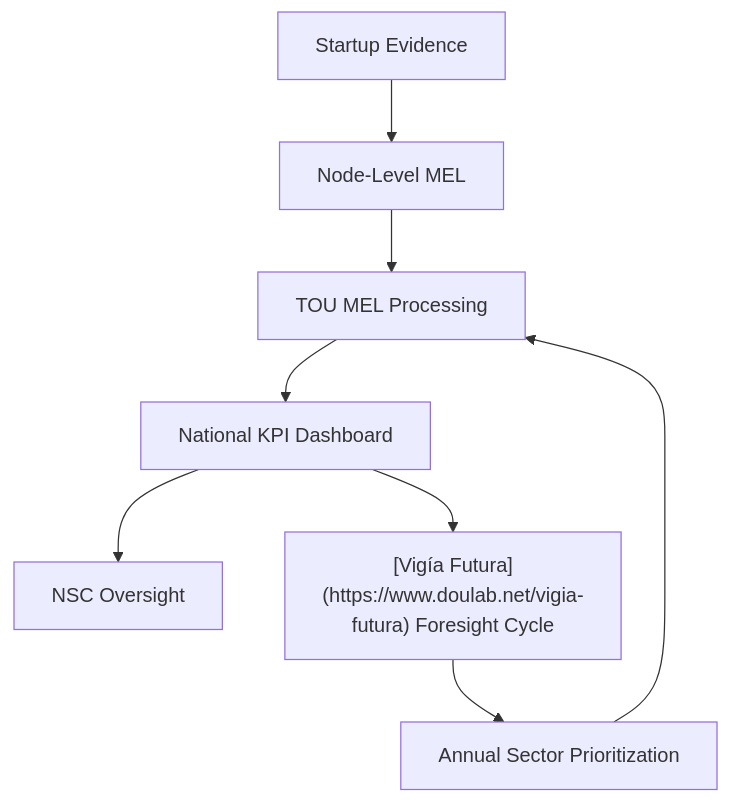
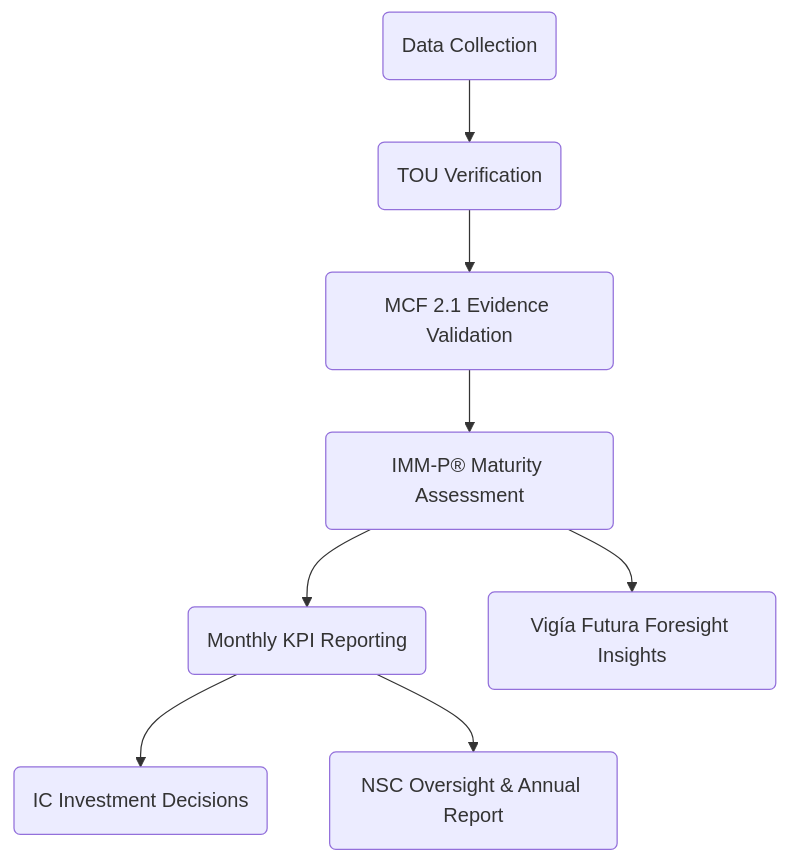
The diagram in vif/annexes/annex-10-mel-framework.md (doulabglobal/vigia-incubanet-framework), drawn with Mermaid before and after one commit. The commit also changed other lines of this file and 24 other files, not shown here.

````diff
--- a/vif/annexes/annex-10-mel-framework.md
+++ b/vif/annexes/annex-10-mel-framework.md
@@ -31,10 +73,10 @@
 ```mermaid
 flowchart TD
-    A[Startup Evidence] --> B[Node-Level MEL]
-    B --> C[TOU MEL Processing]
-    C --> D[National KPI Dashboard]
-    D --> E[NSC Oversight]
-    D --> F["[Vigía Futura](https://www.doulab.net/vigia-futura) Foresight Cycle"]
-    F --> G[Annual Sector Prioritization]
-    G --> C
+    A(Data Collection) --> B(TOU Verification)
+    B --> C(MCF 2.1 Evidence Validation)
+    C --> D(IMM-P® Maturity Assessment)
+    D --> E(Monthly KPI Reporting)
+    E --> F(IC Investment Decisions)
+    D --> G(Vigía Futura Foresight Insights)
+    E --> H(NSC Oversight & Annual Report)
 ```
````
